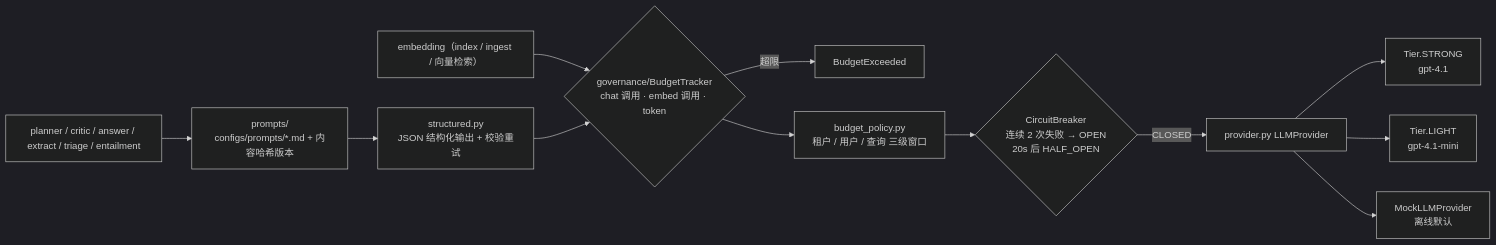
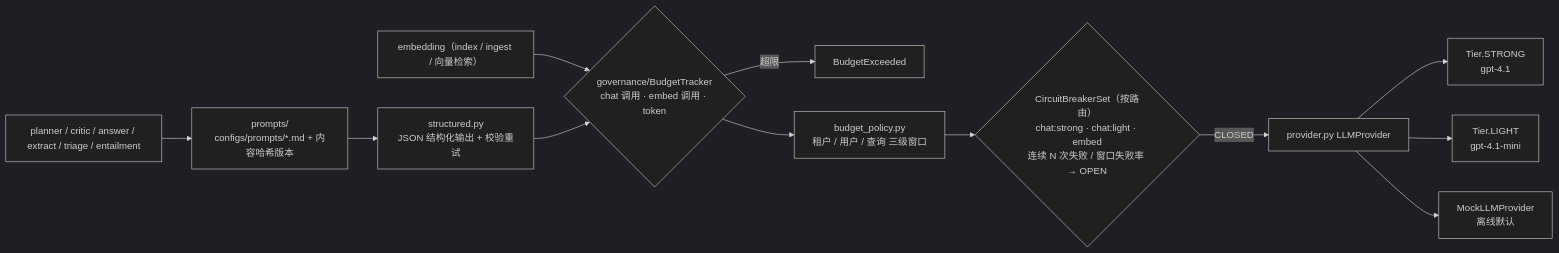
Before and after one commit to RightCloudhub/AG: diagram 12 of 17 in docs/ARCHITECTURE.md, drawn with Mermaid (dark theme). The commit also changed other lines of this file and 46 other files, not shown here.

````diff
--- a/docs/ARCHITECTURE.md
+++ b/docs/ARCHITECTURE.md
@@ -334,14 +340,14 @@
 ```mermaid
 flowchart LR
     CALLER["planner / critic / answer / extract / triage / entailment"] --> PRM["prompts/<br/>configs/prompts/*.md + 内容哈希版本"]
     PRM --> ST["structured.py<br/>JSON 结构化输出 + 校验重试"]
     EMB["embedding（index / ingest / 向量检索）"] --> BT
     ST --> BT{"governance/BudgetTracker<br/>chat 调用 · embed 调用 · token"}
     BT -->|超限| BE["BudgetExceeded"]
     BT --> BP["budget_policy.py<br/>租户 / 用户 / 查询 三级窗口"]
-    BP --> CB{"CircuitBreaker<br/>连续 2 次失败 → OPEN<br/>20s 后 HALF_OPEN"}
+    BP --> CB{"CircuitBreakerSet（按路由）<br/>chat:strong · chat:light · embed<br/>连续 N 次失败 / 窗口失败率 → OPEN"}
     CB -->|CLOSED| PR["provider.py LLMProvider"]
     PR --> STRONG["Tier.STRONG<br/>gpt-4.1"]
     PR --> LIGHT["Tier.LIGHT<br/>gpt-4.1-mini"]
     PR --> MOCK["MockLLMProvider<br/>离线默认"]
 ```
````
